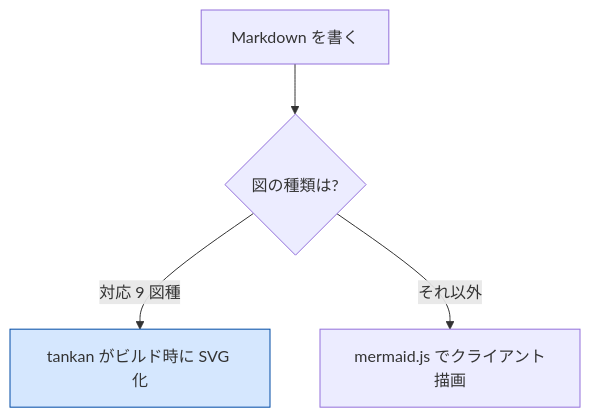
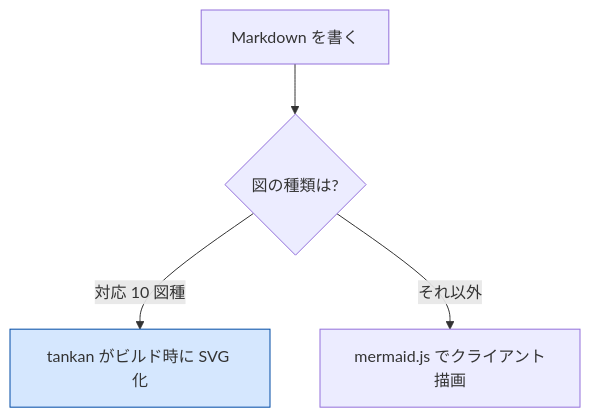
The first of 9 diagrams in crates/yuzu-cli/scaffold/getting-started.md (ai-implementer/yuzu), drawn with Mermaid before and after one commit. The commit also changed other lines of this file and 29 other files, not shown here.

First line of the commit message:
tankan: packet 図を SSR 追加

````diff
--- a/crates/yuzu-cli/scaffold/getting-started.md
+++ b/crates/yuzu-cli/scaffold/getting-started.md
@@ -148,7 +148,7 @@
 ```mermaid
 flowchart TD
     A[Markdown を書く] --> B{図の種類は?}
-    B -->|対応 9 図種| C[tankan がビルド時に SVG 化]:::ssr
+    B -->|対応 10 図種| C[tankan がビルド時に SVG 化]:::ssr
     B -->|それ以外| D[mermaid.js でクライアント描画]
     classDef ssr fill:#d5e7fe,stroke:#014ba5
 ```
````
